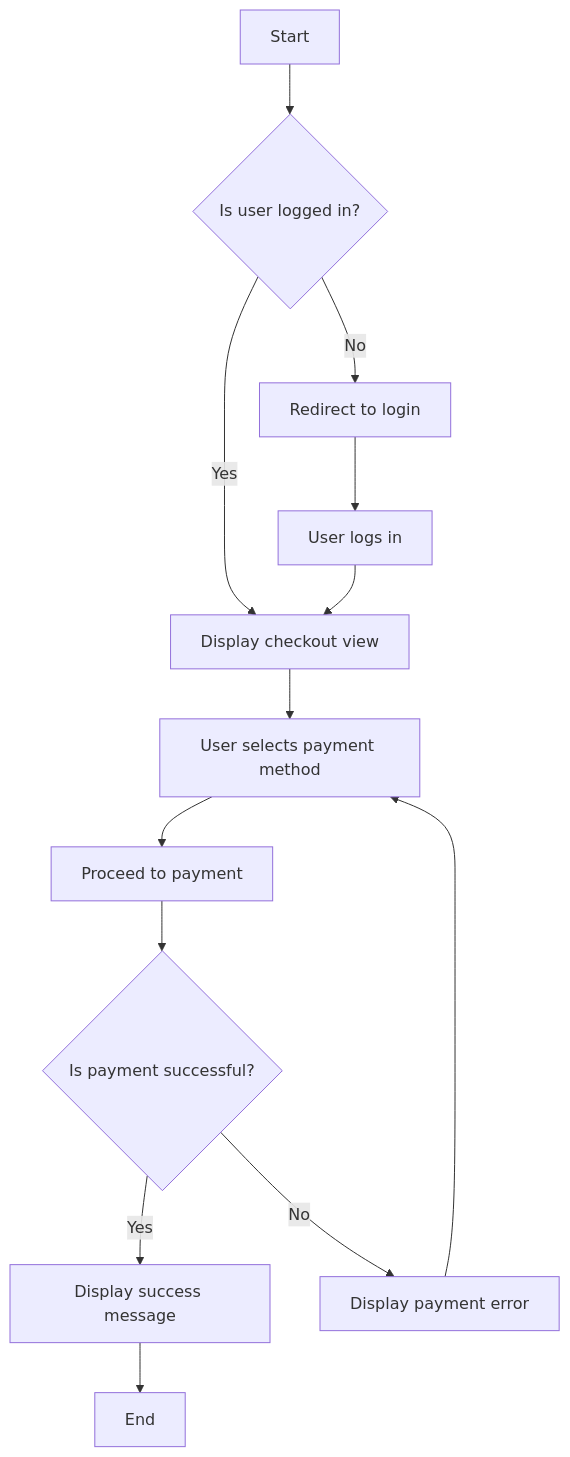
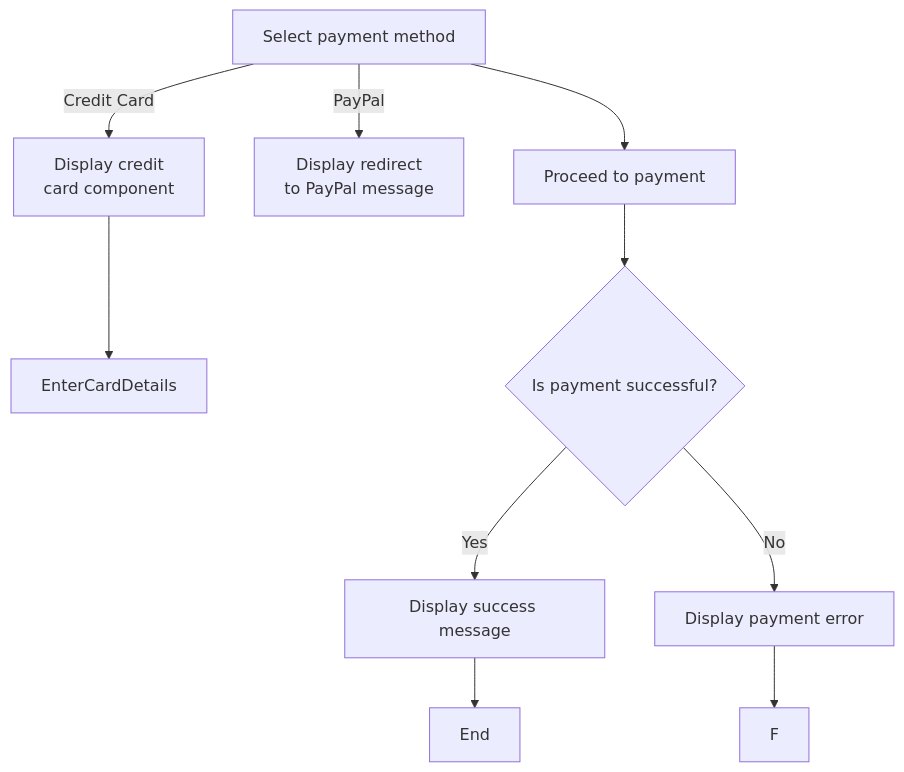
Before and after one commit to naykel76/payit: the second of 7 diagrams in readme.md, drawn with Mermaid. The commit also changed other lines of this file and 9 other files, not shown here.

````diff
--- a/readme.md
+++ b/readme.md
@@ -48,15 +30,15 @@
 ```mermaid
 graph TB
-    A[Start] --> B{Is user logged in?}
-    B -->|Yes| C[Display checkout view]
-    B -->|No| D[Redirect to login]
-    D --> E[User logs in]
-    E --> C
-    C --> F[User selects payment method]
-    F --> G[Proceed to payment]
-    G --> H{Is payment successful?}
+
+    SelectPaymentMethod[Select payment method] -->|Credit Card| DisplayCardComponent[Display credit <br> card component]
+    SelectPaymentMethod[Select payment method] -->|PayPal| PayPal[Display redirect <br> to PayPal message]
+
+    DisplayCardComponent --> EnterCardDetails
+
+    SelectPaymentMethod --> h[Proceed to payment]
+    --> H{Is payment successful?}
     H -->|Yes| I[Display success message]
     H -->|No| J[Display payment error]
     J --> F
     I --> K[End]
 ```
````
